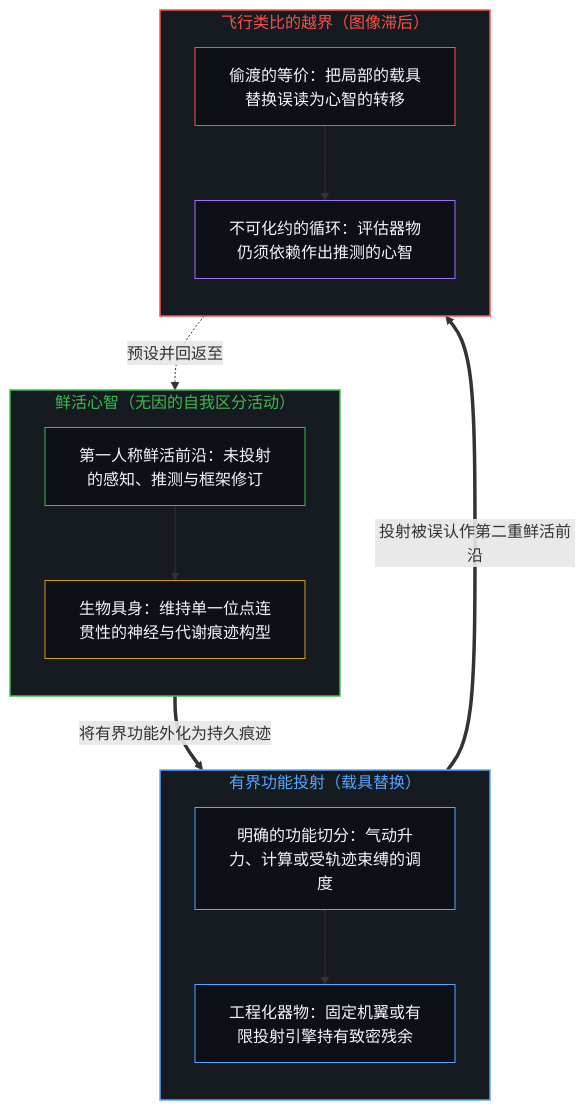
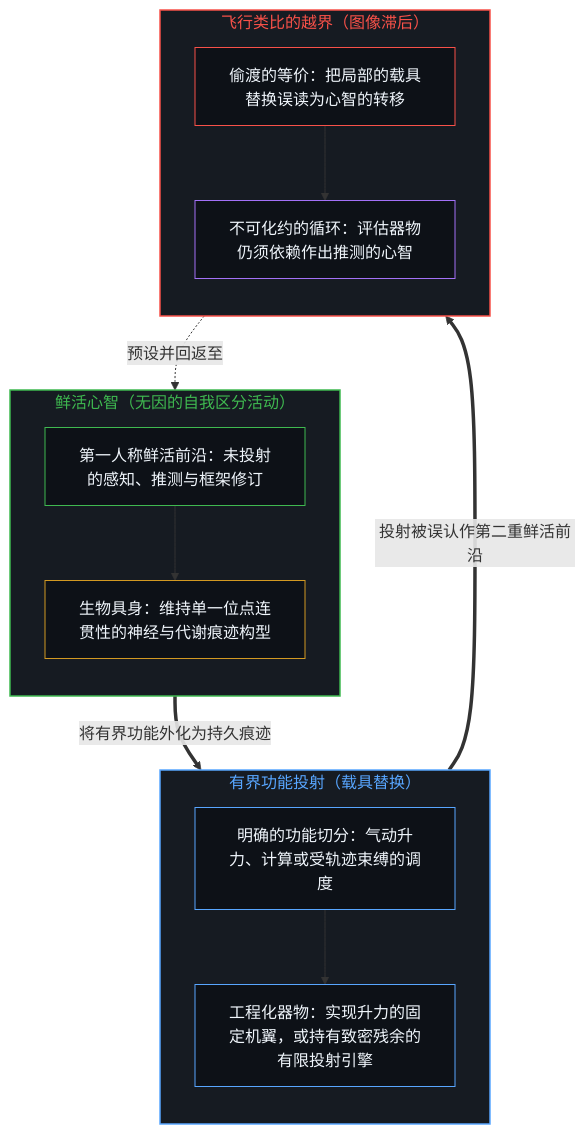
One commit to powerpig99/not-a-toe changed the first of 2 diagrams in content/posts/the-flight-analogy-leaves-the-mind-untouched.md. Above: the diagram before and after it, drawn with Mermaid. The commit also changed other lines of this file and 1 other file, not shown here.

````diff
--- a/content/posts/the-flight-analogy-leaves-the-mind-untouched.md
+++ b/content/posts/the-flight-analogy-leaves-the-mind-untouched.md
@@ -45,33 +45,33 @@
 ```mermaid
 flowchart TD
     subgraph S_Mind["鲜活心智（无因的自我区分活动）"]
         direction TB
         Edge["第一人称鲜活前沿：未投射的感知、推测与框架修订"]
         Bio["生物具身：维持单一位点连贯性的神经与代谢痕迹构型"]
         Edge --> Bio
     end
     subgraph S_Proj["有界功能投射（载具替换）"]
         direction TB
         Cut["明确的功能切分：气动升力、计算或受轨迹束缚的调度"]
-        Swap["工程化器物：固定机翼或有限投射引擎持有致密残余"]
+        Swap["工程化器物：实现升力的固定机翼，或持有致密残余的有限投射引擎"]
         Cut --> Swap
     end
     subgraph S_Trap["飞行类比的越界（图像滞后）"]
         direction TB
         Smuggle["偷渡的等价：把局部的载具替换误读为心智的转移"]
         Loop["不可化约的循环：评估器物仍须依赖作出推测的心智"]
         Smuggle --> Loop
     end
-    Bio ==>|"将有界功能外化为持久痕迹"| Cut
+    Edge ==>|"将有界功能外化为持久痕迹"| Cut
     Swap ==>|"投射被误认作第二重鲜活前沿"| Smuggle
     Loop -.->|"预设并回返至"| Edge
     style S_Mind fill:#161b22,stroke:#3fb950,stroke-width:1.5px,color:#3fb950
     style S_Proj fill:#161b22,stroke:#58a6ff,stroke-width:1.5px,color:#58a6ff
     style S_Trap fill:#161b22,stroke:#f85149,stroke-width:1.5px,color:#f85149
     style Edge fill:#0d1117,stroke:#3fb950,stroke-width:1px,color:#f0f6fc
     style Bio fill:#0d1117,stroke:#d29922,stroke-width:1px,color:#f0f6fc
     style Cut fill:#0d1117,stroke:#58a6ff,stroke-width:1px,color:#f0f6fc
     style Swap fill:#0d1117,stroke:#58a6ff,stroke-width:1px,color:#f0f6fc
     style Smuggle fill:#0d1117,stroke:#f85149,stroke-width:1px,color:#f0f6fc
     style Loop fill:#0d1117,stroke:#a371f7,stroke-width:1px,color:#f0f6fc
 ```
````
